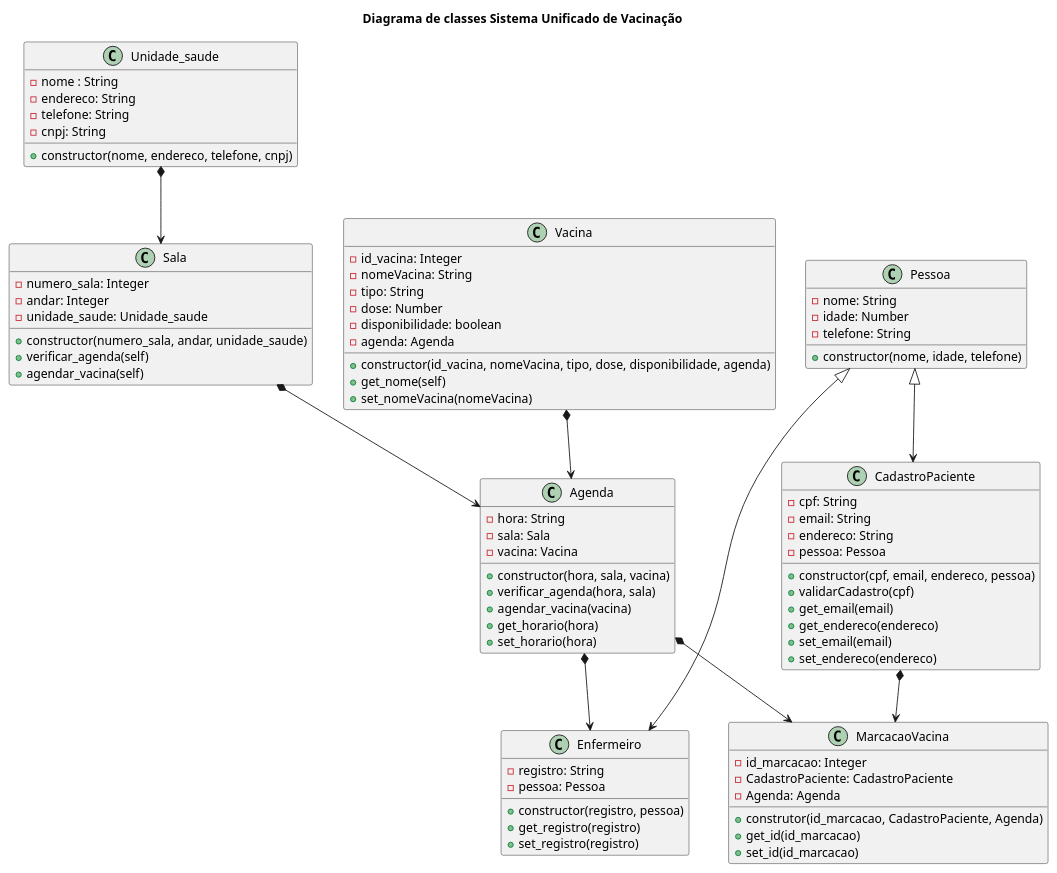
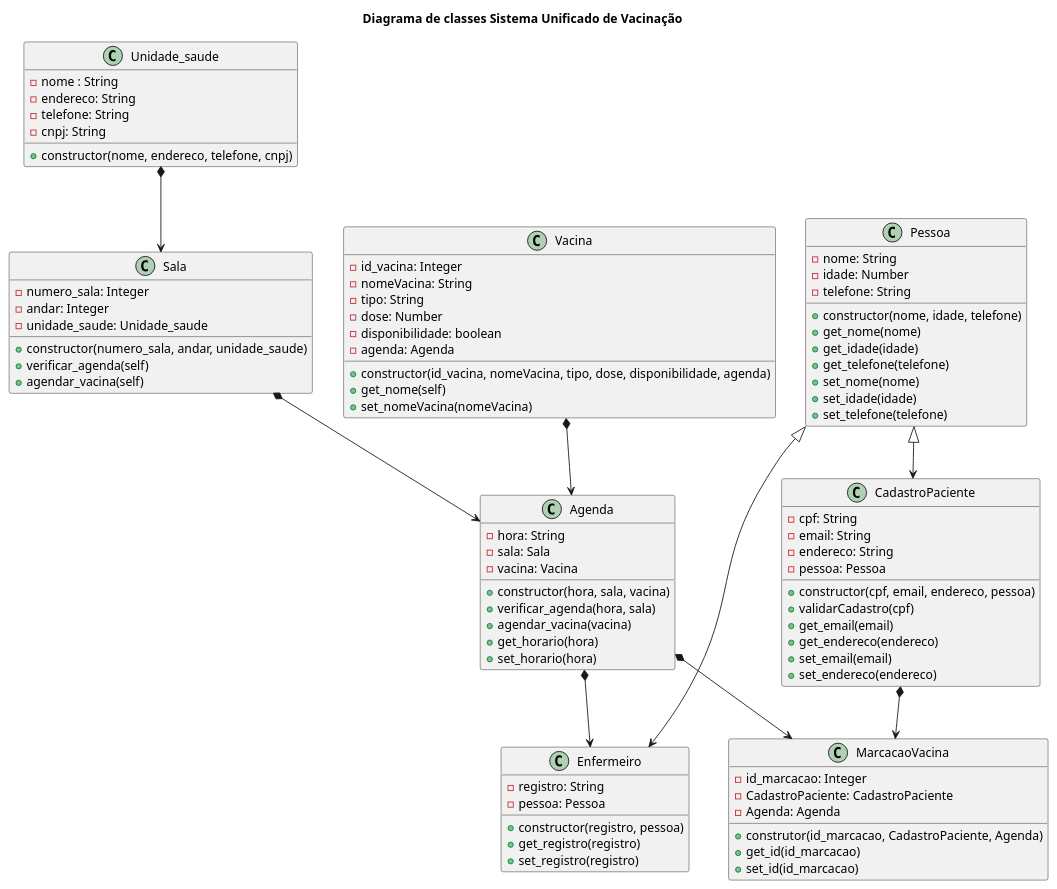
Before and after one commit to anleaes/2022-1-N2-POO-01: the diagram in diagrama_classe.plantuml, drawn with PlantUML.

Commit message:
atualizacao Pessoa

```diff
--- a/diagrama_classe.plantuml
+++ b/diagrama_classe.plantuml
@@ -1,92 +1,98 @@
 @startuml diagrama_classe
 
 title Diagrama de classes Sistema Unificado de Vacinação
 
 class Unidade_saude{
     - nome : String
     - endereco: String
     - telefone: String
     - cnpj: String
     + constructor(nome, endereco, telefone, cnpj)
 }
 
 class Sala{
     - numero_sala: Integer
     - andar: Integer
     - unidade_saude: Unidade_saude 
     + constructor(numero_sala, andar, unidade_saude)
     + verificar_agenda(self)
     + agendar_vacina(self)
 }
 
 class Agenda{
     - hora: String
     - sala: Sala
     - vacina: Vacina
     + constructor(hora, sala, vacina)
     + verificar_agenda(hora, sala)
     + agendar_vacina(vacina)
     + get_horario(hora)
     + set_horario(hora)
 }
 
 
 Class Vacina{
     - id_vacina: Integer
     - nomeVacina: String
     - tipo: String
     - dose: Number
     - disponibilidade: boolean
     - agenda: Agenda
     + constructor(id_vacina, nomeVacina, tipo, dose, disponibilidade, agenda)
     + get_nome(self)
     + set_nomeVacina(nomeVacina)
 }
 
 class Pessoa{
     - nome: String
     - idade: Number
     - telefone: String
     + constructor(nome, idade, telefone)
+    + get_nome(nome)
+    + get_idade(idade)
+    + get_telefone(telefone)
+    + set_nome(nome)
+    + set_idade(idade)
+    + set_telefone(telefone)
 }
 
 class CadastroPaciente {
     - cpf: String
     - email: String
     - endereco: String
     - pessoa: Pessoa
     + constructor(cpf, email, endereco, pessoa)
     + validarCadastro(cpf)
     + get_email(email)
     + get_endereco(endereco)
     + set_email(email)
     + set_endereco(endereco)
 }
 
 class Enfermeiro {
     - registro: String
     - pessoa: Pessoa
     + constructor(registro, pessoa)
     + get_registro(registro)
     + set_registro(registro)
 }
 
 class MarcacaoVacina{
     - id_marcacao: Integer
     - CadastroPaciente: CadastroPaciente
     - Agenda: Agenda
     + construtor(id_marcacao, CadastroPaciente, Agenda)
     + get_id(id_marcacao)
     + set_id(id_marcacao)
 }
 
 Pessoa <|--> CadastroPaciente
 Pessoa <|--> Enfermeiro
 Unidade_saude *--> Sala
 Sala *--> Agenda
 Vacina *--> Agenda
 Agenda *--> Enfermeiro
 CadastroPaciente *--> MarcacaoVacina
 Agenda *--> MarcacaoVacina
 
 @enduml
```
